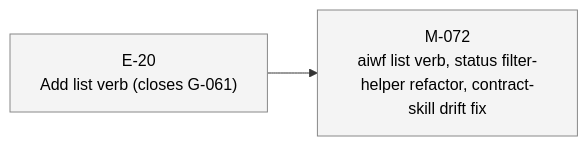
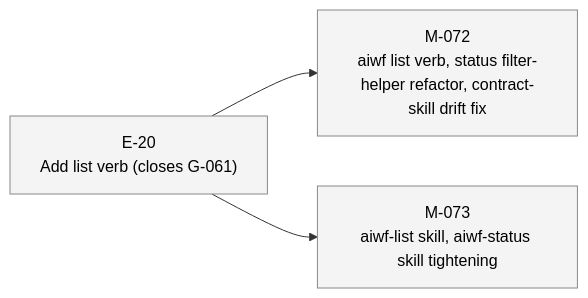
One commit to 23min/aiwf changed the second of 2 diagrams in STATUS.md. Above: the diagram before and after it, drawn with Mermaid. The commit also changed other lines of this file and 1 other file, not shown here.

First line of the commit message:
aiwf add milestone M-073 "aiwf-list skill, aiwf-status skill tightening"

````diff
--- a/STATUS.md
+++ b/STATUS.md
@@ -45,12 +46,14 @@
 ```mermaid
 flowchart LR
   E_20["E-20<br/>Add list verb (closes G-061)"]:::epic_proposed
   M_072["M-072<br/>aiwf list verb, status filter-helper refactor, contract-skill drift fix"]:::ms_draft
   E_20 --> M_072
+  M_073["M-073<br/>aiwf-list skill, aiwf-status skill tightening"]:::ms_draft
+  E_20 --> M_073
   classDef epic_active fill:#d6eaff,stroke:#1a73e8,color:#000
   classDef epic_proposed fill:#f4f4f4,stroke:#888,color:#000
   classDef ms_done fill:#d8f5d8,stroke:#2a8a2a,color:#000
   classDef ms_in_progress fill:#fff3c4,stroke:#caa400,color:#000
   classDef ms_draft fill:#f4f4f4,stroke:#888,color:#000
   classDef ms_cancelled fill:#fbeaea,stroke:#c33,color:#000
 ```
````
